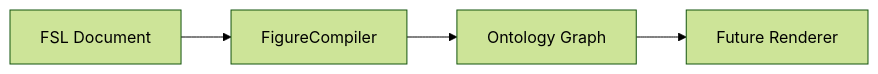
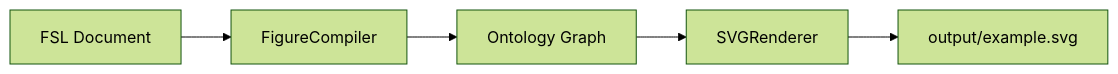
One commit to insight2017aquib/MedicinalChemistryFigureDesigner changed the second of 2 diagrams in README.md. Above: the diagram before and after it, drawn with Mermaid (forest theme). The commit also changed other lines of this file and 16 other files, not shown here.

First line of the commit message:
feat(renderers): v0.6 minimal SVG renderer

````diff
--- a/README.md
+++ b/README.md
@@ -172,6 +185,7 @@
 ```mermaid
 flowchart LR
     FSL[FSL Document] --> Compiler[FigureCompiler]
     Compiler --> Ontology[Ontology Graph]
-    Ontology --> Renderer[Future Renderer]
+    Ontology --> SVG[SVGRenderer]
+    SVG --> File[output/example.svg]
 ```
````
